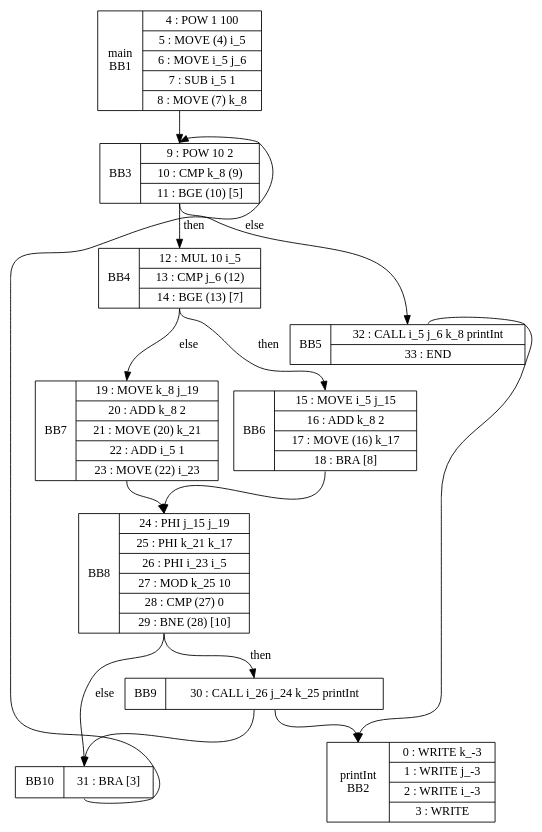
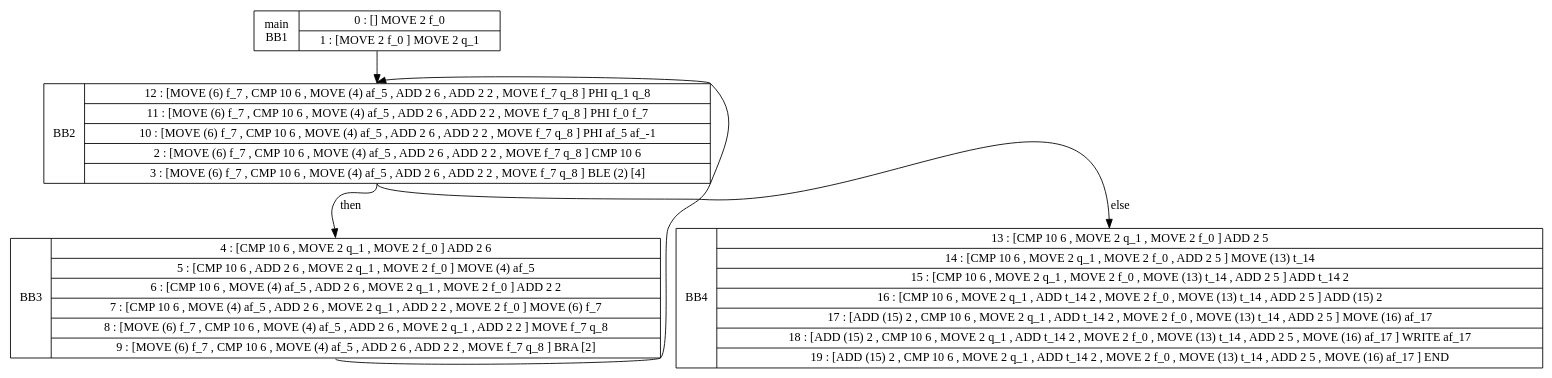
The diagram in src/CFG Examples/test.dot (maxsmith271346/LL1_Compiler), drawn with Graphviz before and after one commit. The commit also changed 19 other files, not shown here.

```diff
--- a/src/CFG Examples/test.dot
+++ b/src/CFG Examples/test.dot
@@ -1,25 +1,10 @@
-digraph G { 
-BB2[shape=record, label="<b>printInt\nBB2|{0 : WRITE k_-3 |1 : WRITE j_-3 |2 : WRITE i_-3 |3 : WRITE }"];
-BB3[shape=record, label="<b>BB3|{9 : POW 10 2 |10 : CMP k_8 (9) |11 : BGE (10) [5] }"];
-BB3:s -> BB4:n [label="then"];
-BB3:s -> BB5:n [label="else"];
-BB5[shape=record, label="<b>BB5|{<cprintInt32>32 : CALL i_5 j_6 k_8 printInt|33 : END }"];
-BB5:cprintInt32 -> BB2:b [];
-BB8[shape=record, label="<b>BB8|{24 : PHI j_15 j_19 |25 : PHI k_21 k_17 |26 : PHI i_23 i_5 |27 : MOD k_25 10 |28 : CMP (27) 0 |29 : BNE (28) [10] }"];
-BB8:s -> BB9:n [label="then"];
-BB8:s -> BB10:n [label="else"];
-BB10[shape=record, label="<b>BB10|{31 : BRA [3] }"];
-BB10:s -> BB3:n [label=""];
-BB4[shape=record, label="<b>BB4|{12 : MUL 10 i_5 |13 : CMP j_6 (12) |14 : BGE (13) [7] }"];
-BB4:s -> BB6:n [label="then"];
-BB4:s -> BB7:n [label="else"];
-BB6[shape=record, label="<b>BB6|{15 : MOVE i_5 j_15 |16 : ADD k_8 2 |17 : MOVE (16) k_17 |18 : BRA [8] }"];
-BB6:s -> BB8:n [label=""];
-BB1[shape=record, label="<b>main\nBB1|{4 : POW 1 100 |5 : MOVE (4) i_5 |6 : MOVE i_5 j_6 |7 : SUB i_5 1 |8 : MOVE (7) k_8 }"];
-BB1:s -> BB3:n [label=""];
-BB9[shape=record, label="<b>BB9|{<cprintInt30>30 : CALL i_26 j_24 k_25 printInt}"];
-BB9:cprintInt30 -> BB2:b [];
-BB9:s -> BB10:n [label=""];
-BB7[shape=record, label="<b>BB7|{19 : MOVE k_8 j_19 |20 : ADD k_8 2 |21 : MOVE (20) k_21 |22 : ADD i_5 1 |23 : MOVE (22) i_23 }"];
-BB7:s -> BB8:n [label=""];
+digraph G {
+BB2[shape=record, label="<b>BB2|{12 : [MOVE (6) f_7 , CMP 10 6 , MOVE (4) af_5 , ADD 2 6 , ADD 2 2 , MOVE f_7 q_8 ] PHI q_1 q_8 |11 : [MOVE (6) f_7 , CMP 10 6 , MOVE (4) af_5 , ADD 2 6 , ADD 2 2 , MOVE f_7 q_8 ] PHI f_0 f_7 |10 : [MOVE (6) f_7 , CMP 10 6 , MOVE (4) af_5 , ADD 2 6 , ADD 2 2 , MOVE f_7 q_8 ] PHI af_5 af_-1 |2 : [MOVE (6) f_7 , CMP 10 6 , MOVE (4) af_5 , ADD 2 6 , ADD 2 2 , MOVE f_7 q_8 ] CMP 10 6 |3 : [MOVE (6) f_7 , CMP 10 6 , MOVE (4) af_5 , ADD 2 6 , ADD 2 2 , MOVE f_7 q_8 ] BLE (2) [4] }"];
+BB2:s -> BB3:n [label="then"];
+BB2:s -> BB4:n [label="else"];
+BB3[shape=record, label="<b>BB3|{4 : [CMP 10 6 , MOVE 2 q_1 , MOVE 2 f_0 ] ADD 2 6 |5 : [CMP 10 6 , ADD 2 6 , MOVE 2 q_1 , MOVE 2 f_0 ] MOVE (4) af_5 |6 : [CMP 10 6 , MOVE (4) af_5 , ADD 2 6 , MOVE 2 q_1 , MOVE 2 f_0 ] ADD 2 2 |7 : [CMP 10 6 , MOVE (4) af_5 , ADD 2 6 , MOVE 2 q_1 , ADD 2 2 , MOVE 2 f_0 ] MOVE (6) f_7 |8 : [MOVE (6) f_7 , CMP 10 6 , MOVE (4) af_5 , ADD 2 6 , MOVE 2 q_1 , ADD 2 2 ] MOVE f_7 q_8 |9 : [MOVE (6) f_7 , CMP 10 6 , MOVE (4) af_5 , ADD 2 6 , ADD 2 2 , MOVE f_7 q_8 ] BRA [2] }"];
+BB3:s -> BB2:n [label=""];
+BB4[shape=record, label="<b>BB4|{13 : [CMP 10 6 , MOVE 2 q_1 , MOVE 2 f_0 ] ADD 2 5 |14 : [CMP 10 6 , MOVE 2 q_1 , MOVE 2 f_0 , ADD 2 5 ] MOVE (13) t_14 |15 : [CMP 10 6 , MOVE 2 q_1 , MOVE 2 f_0 , MOVE (13) t_14 , ADD 2 5 ] ADD t_14 2 |16 : [CMP 10 6 , MOVE 2 q_1 , ADD t_14 2 , MOVE 2 f_0 , MOVE (13) t_14 , ADD 2 5 ] ADD (15) 2 |17 : [ADD (15) 2 , CMP 10 6 , MOVE 2 q_1 , ADD t_14 2 , MOVE 2 f_0 , MOVE (13) t_14 , ADD 2 5 ] MOVE (16) af_17 |18 : [ADD (15) 2 , CMP 10 6 , MOVE 2 q_1 , ADD t_14 2 , MOVE 2 f_0 , MOVE (13) t_14 , ADD 2 5 , MOVE (16) af_17 ] WRITE af_17 |19 : [ADD (15) 2 , CMP 10 6 , MOVE 2 q_1 , ADD t_14 2 , MOVE 2 f_0 , MOVE (13) t_14 , ADD 2 5 , MOVE (16) af_17 ] END }"];
+BB1[shape=record, label="<b>main\nBB1|{0 : [] MOVE 2 f_0 |1 : [MOVE 2 f_0 ] MOVE 2 q_1 }"];
+BB1:s -> BB2:n [label=""];
 }
```
